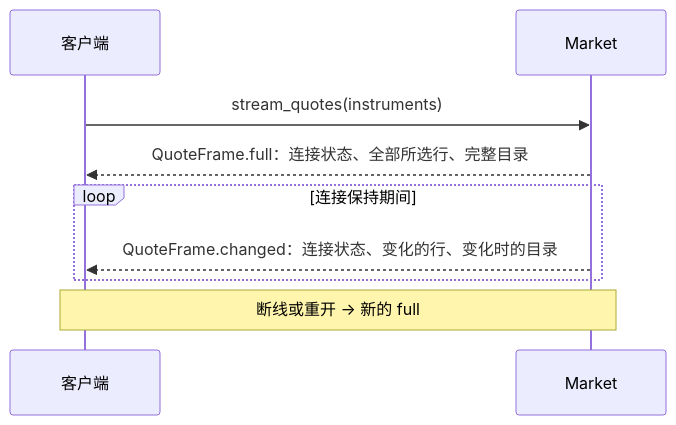
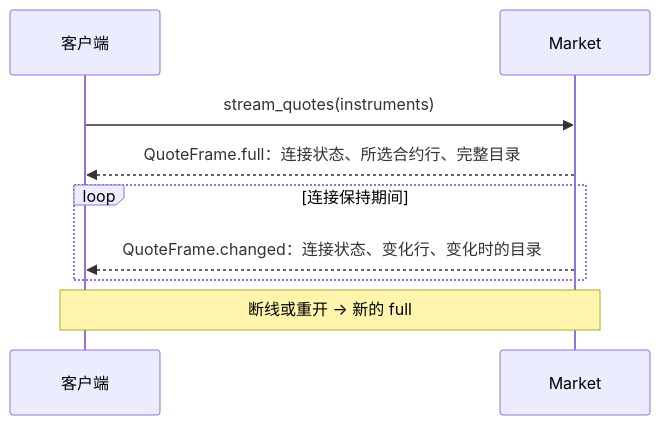
One commit to isqiwen/asterion-terminal changed the first of 2 diagrams in docs/protocol.md. Above: the diagram before and after it, drawn with Mermaid. The commit also changed other lines of this file and 26 other files, not shown here.

````diff
--- a/docs/protocol.md
+++ b/docs/protocol.md
@@ -111,11 +114,11 @@
 ```mermaid
 sequenceDiagram
     participant Client as 客户端
     participant Market
     Client->>Market: stream_quotes(instruments)
-    Market-->>Client: QuoteFrame.full：连接状态、全部所选行、完整目录
+    Market-->>Client: QuoteFrame.full：连接状态、所选合约行、完整目录
     loop 连接保持期间
-        Market-->>Client: QuoteFrame.changed：连接状态、变化的行、变化时的目录
+        Market-->>Client: QuoteFrame.changed：连接状态、变化行、变化时的目录
     end
     Note over Client,Market: 断线或重开 → 新的 full
 ```
````
